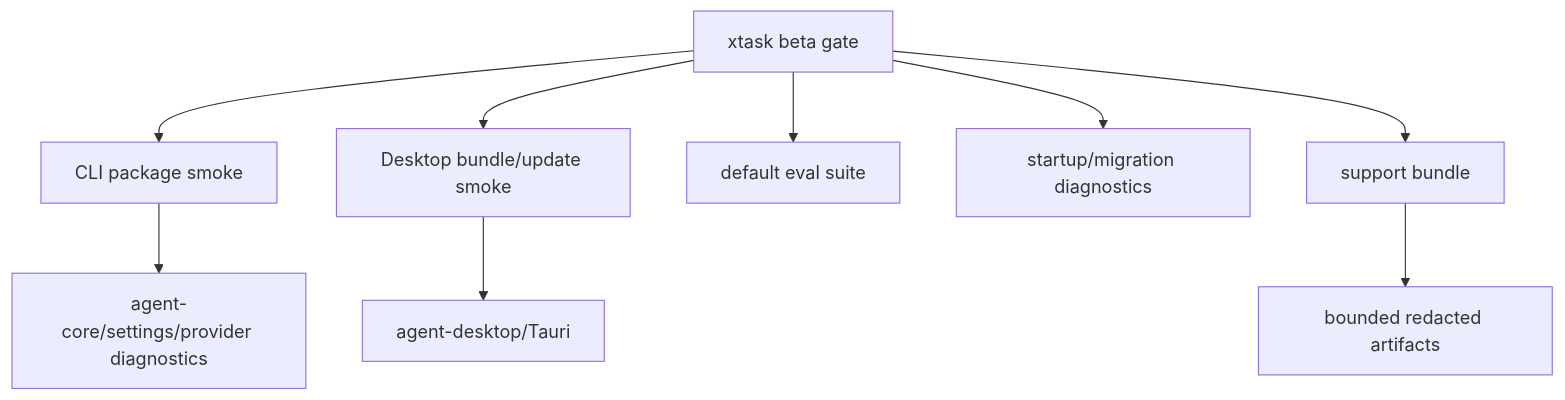
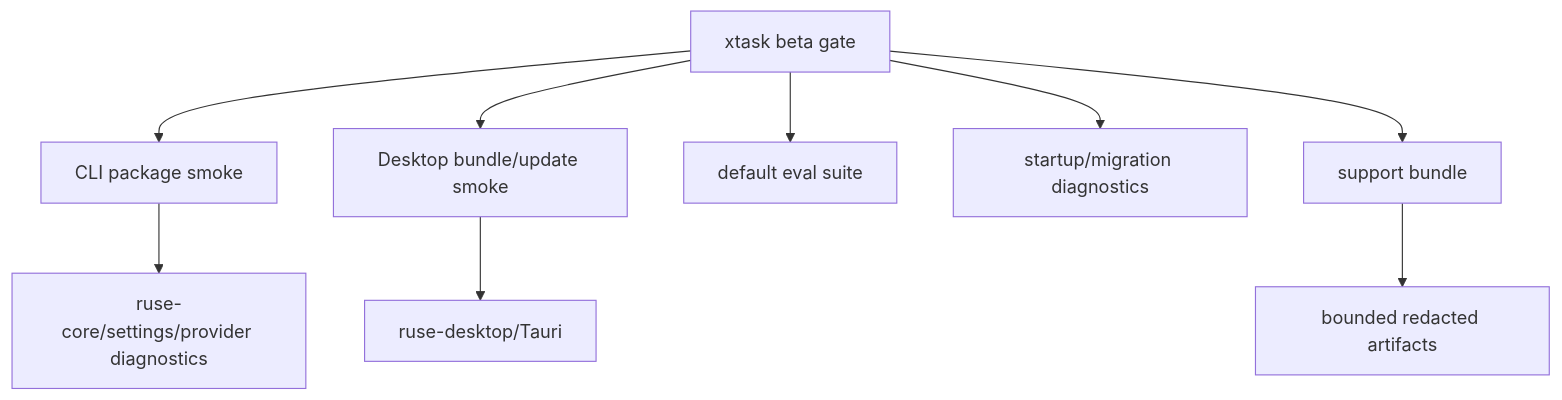
One commit to poneding/agent changed the diagram in docs/specs/M65-packaging-release-beta-gate.spec.md. Above: the diagram before and after it, drawn with Mermaid. The commit also changed other lines of this file and 2091 other files, not shown here.

First line of the commit message:
refactor: rename agent branding to ruse

````diff
--- a/docs/specs/M65-packaging-release-beta-gate.spec.md
+++ b/docs/specs/M65-packaging-release-beta-gate.spec.md
@@ -36,11 +36,11 @@
 ```mermaid
 flowchart TD
   Xtask["xtask beta gate"] --> CliPkg["CLI package smoke"]
   Xtask --> DesktopPkg["Desktop bundle/update smoke"]
   Xtask --> Eval["default eval suite"]
   Xtask --> Migration["startup/migration diagnostics"]
   Xtask --> Support["support bundle"]
-  CliPkg --> Core["agent-core/settings/provider diagnostics"]
-  DesktopPkg --> Desktop["agent-desktop/Tauri"]
+  CliPkg --> Core["ruse-core/settings/provider diagnostics"]
+  DesktopPkg --> Desktop["ruse-desktop/Tauri"]
   Support --> Redaction["bounded redacted artifacts"]
 ```
````
